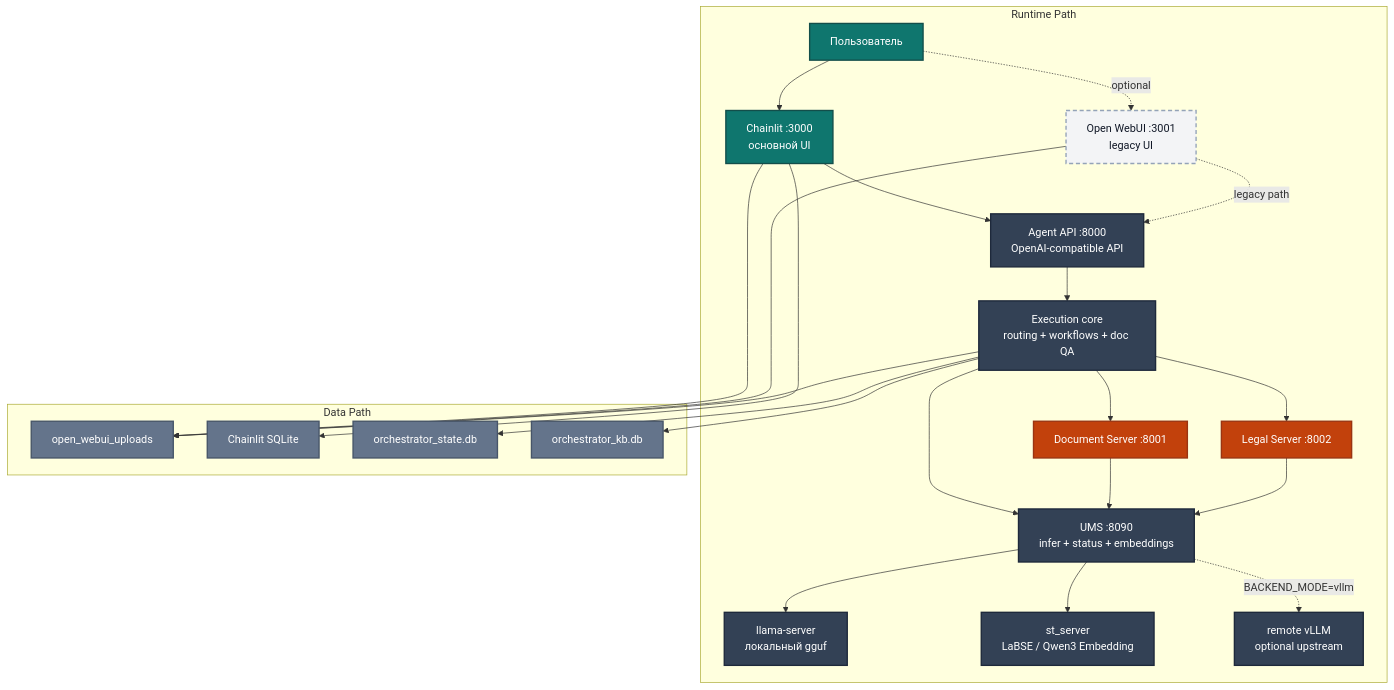
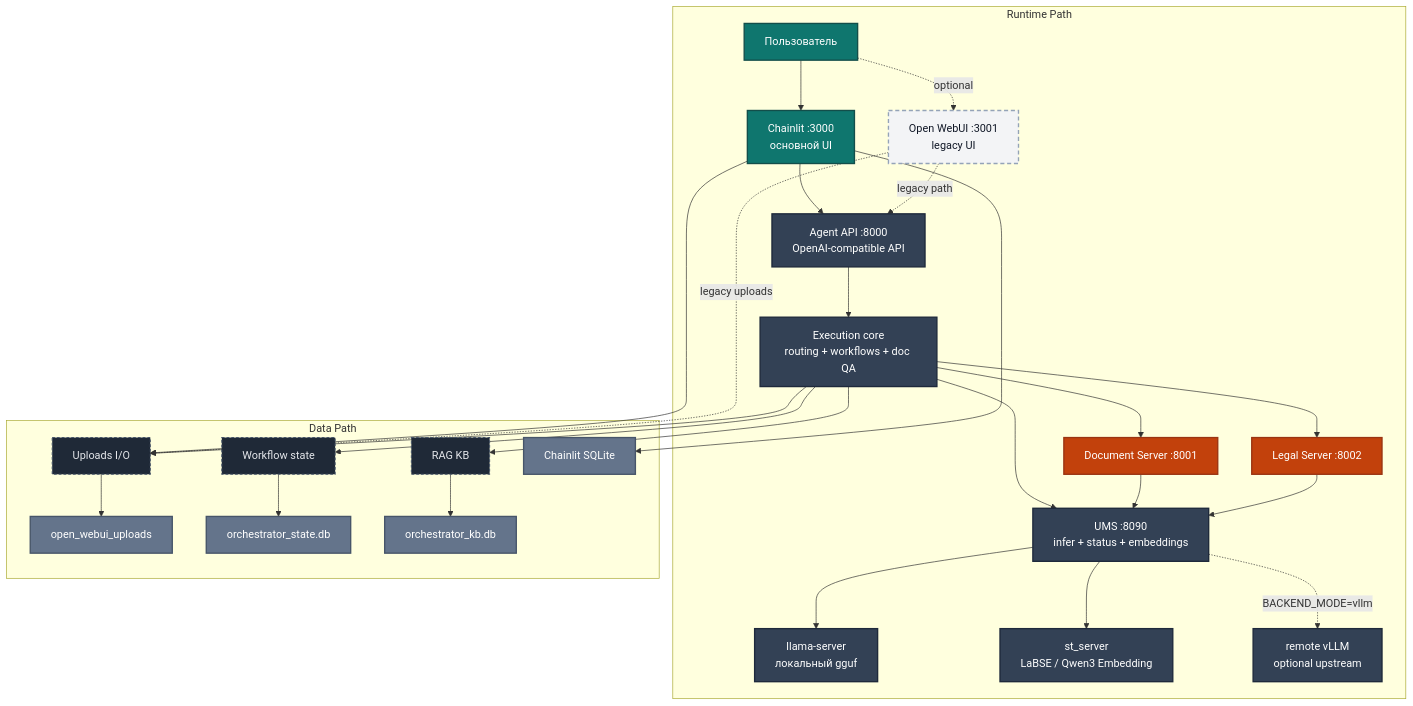
Before and after one commit to senorfrancesco/agent-navigator-pro: the diagram in README.md, drawn with Mermaid.

Commit message:
docs(readme): improve architecture diagram data flow

````diff
--- a/README.md
+++ b/README.md
@@ -14,56 +14,64 @@
 ```mermaid
 graph TD
     classDef ui fill:#0f766e,color:#ffffff,stroke:#134e4a,stroke-width:2px;
     classDef runtime fill:#334155,color:#ffffff,stroke:#1e293b,stroke-width:2px;
     classDef service fill:#c2410c,color:#ffffff,stroke:#9a3412,stroke-width:2px;
     classDef data fill:#64748b,color:#ffffff,stroke:#475569,stroke-width:2px;
+    classDef bridge fill:#1f2937,color:#e5e7eb,stroke:#475569,stroke-width:1.5px,stroke-dasharray: 4 3;
     classDef legacy fill:#f3f4f6,color:#111827,stroke:#94a3b8,stroke-width:2px,stroke-dasharray: 6 4;
 
     subgraph RUNTIME ["Runtime Path"]
         USER["Пользователь"]
         CL["Chainlit :3000<br/>основной UI"]
         OW["Open WebUI :3001<br/>legacy UI"]
         AG["Agent API :8000<br/>OpenAI-compatible API"]
         CORE["Execution core<br/>routing + workflows + doc QA"]
         DS["Document Server :8001"]
         LS["Legal Server :8002"]
         UMS["UMS :8090<br/>infer + status + embeddings"]
         LLM["llama-server<br/>локальный gguf"]
         EMB["st_server<br/>LaBSE / Qwen3 Embedding"]
         VLLM["remote vLLM<br/>optional upstream"]
 
         USER --> CL
         USER -. optional .-> OW
         CL --> AG
         OW -. legacy path .-> AG
         AG --> CORE
         CORE --> DS
         CORE --> LS
         CORE --> UMS
         DS --> UMS
         LS --> UMS
         UMS --> LLM
         UMS --> EMB
         UMS -. BACKEND_MODE=vllm .-> VLLM
     end
 
     subgraph DATA ["Data Path"]
+        FILES["Uploads I/O"]
+        STATE["Workflow state"]
+        RAG["RAG KB"]
         UP["open_webui_uploads"]
         CHDB["Chainlit SQLite"]
         STDB["orchestrator_state.db"]
         KB["orchestrator_kb.db"]
 
         CL --> CHDB
-        CL --> UP
-        OW --> UP
-        CORE --> UP
-        CORE --> STDB
-        CORE --> KB
+        CL --> FILES
+        OW -. legacy uploads .-> FILES
+        CORE --> FILES
+        CORE --> STATE
+        CORE --> RAG
+        FILES --> UP
+        STATE --> STDB
+        RAG --> KB
     end
 
     class CL,USER ui;
     class AG,CORE,UMS,LLM,EMB,VLLM runtime;
     class DS,LS service;
     class UP,CHDB,STDB,KB data;
+    class FILES,STATE,RAG bridge;
     class OW legacy;
 ```
````
